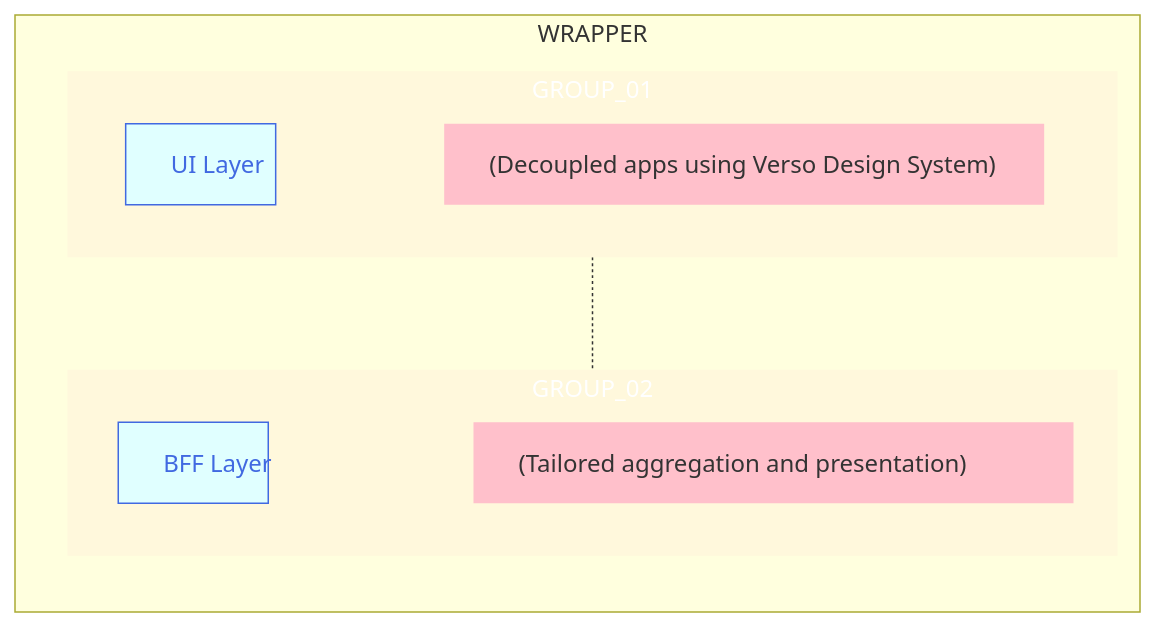
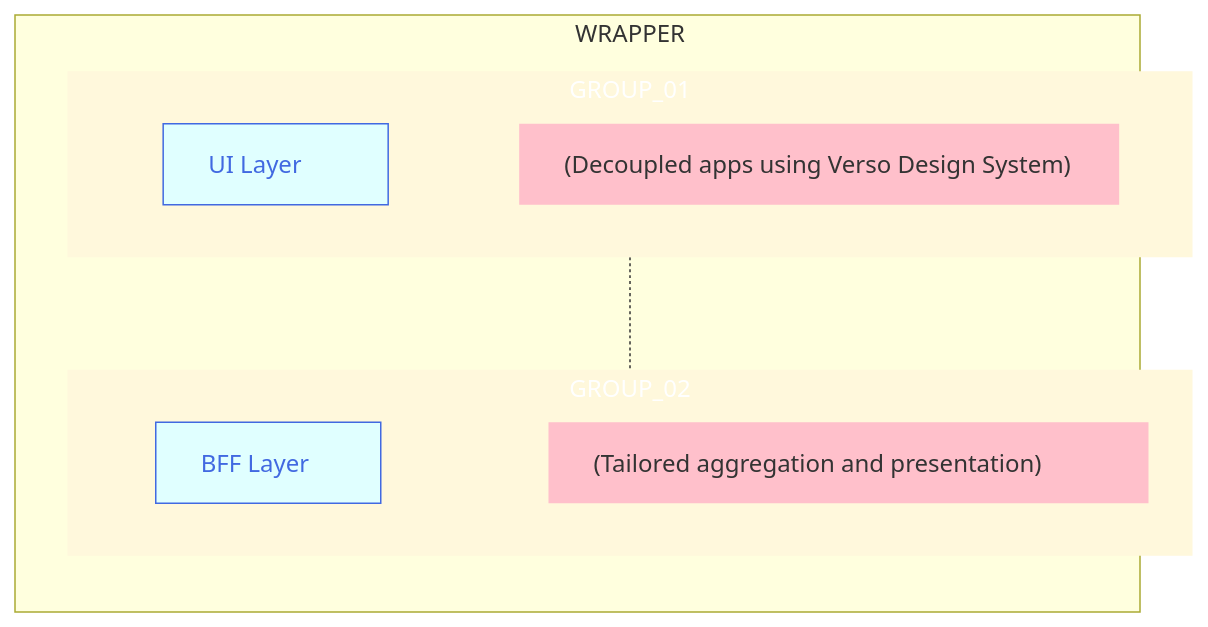
One commit to joe-dorward/samples changed the diagram in buttons_mermaid_v5.md. Above: the diagram before and after it, drawn with Mermaid.

````diff
--- a/buttons_mermaid_v5.md
+++ b/buttons_mermaid_v5.md
@@ -3,47 +3,47 @@
 ```mermaid
   %%{
     init: {
       "flowchart": { "markdownAutoWrap":"false", "textWrap":"false", "textAlign":"left", "wrappingWidth": "100%" }
     }
   }%%
   flowchart TD
 
-  classDef Button fill:lightcyan, stroke:royalblue, color:royalblue, width:100px
+  classDef Button fill:lightcyan, stroke:royalblue, color:royalblue, width:150px
   classDef Note fill:pink, stroke-width:0px, width:400px
   %% ---------- ---------- ---------- ---------- ---------- ---------- ---------- ---------- ---------- ----------
 subgraph WRAPPER
   direction TD
 
   subgraph GROUP_01
     %%direction LR
 
     BUTTON_01_NOTE["(Decoupled apps using Verso Design System)"]:::Note
     BUTTON_01["UI Layer"]:::Button
     click BUTTON_01 "https://en.wikipedia.org/wiki/Main_Page" _blank
 
     BUTTON_01~~~
     BUTTON_01_NOTE
   end
   %% ---------- ---------- ---------- ---------- ---------- ---------- ---------- ---------- ---------- ----------
   subgraph GROUP_02
     %%direction LR
 
     BUTTON_02_NOTE["(Tailored aggregation and presentation)"]:::Note
     BUTTON_02["BFF Layer"]:::Button
     click BUTTON_02 "https://en.wikipedia.org/wiki/Main_Page" _blank
 
     BUTTON_02~~~
     BUTTON_02_NOTE
   end
 end
   %% ---------- ---------- ---------- ---------- ---------- ---------- ---------- ---------- ---------- ----------
 
 GROUP_01-.-GROUP_02
 
 %%BUTTON_01-->BUTTON_02
 
   style GROUP_01 fill:cornsilk, color:white, stroke-width:0px
   style GROUP_02 fill:cornsilk, color:white, stroke-width:0px
 
   style WRAPPER width:750px
 ```
````
